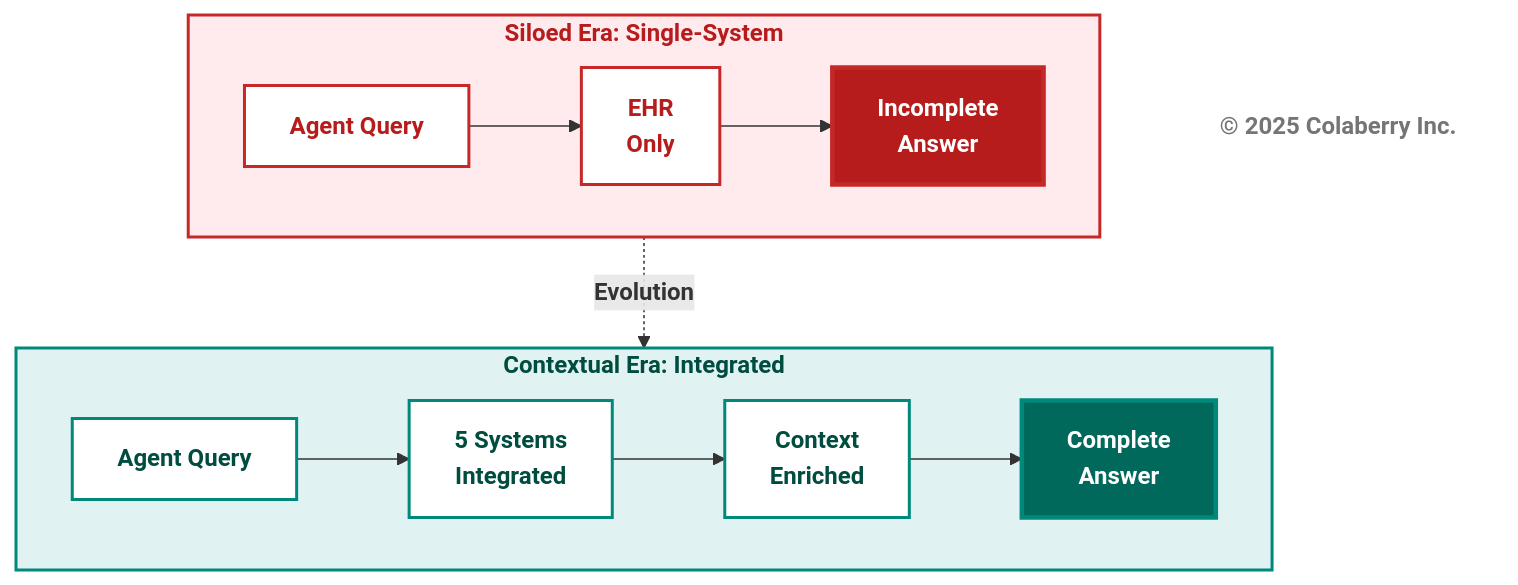
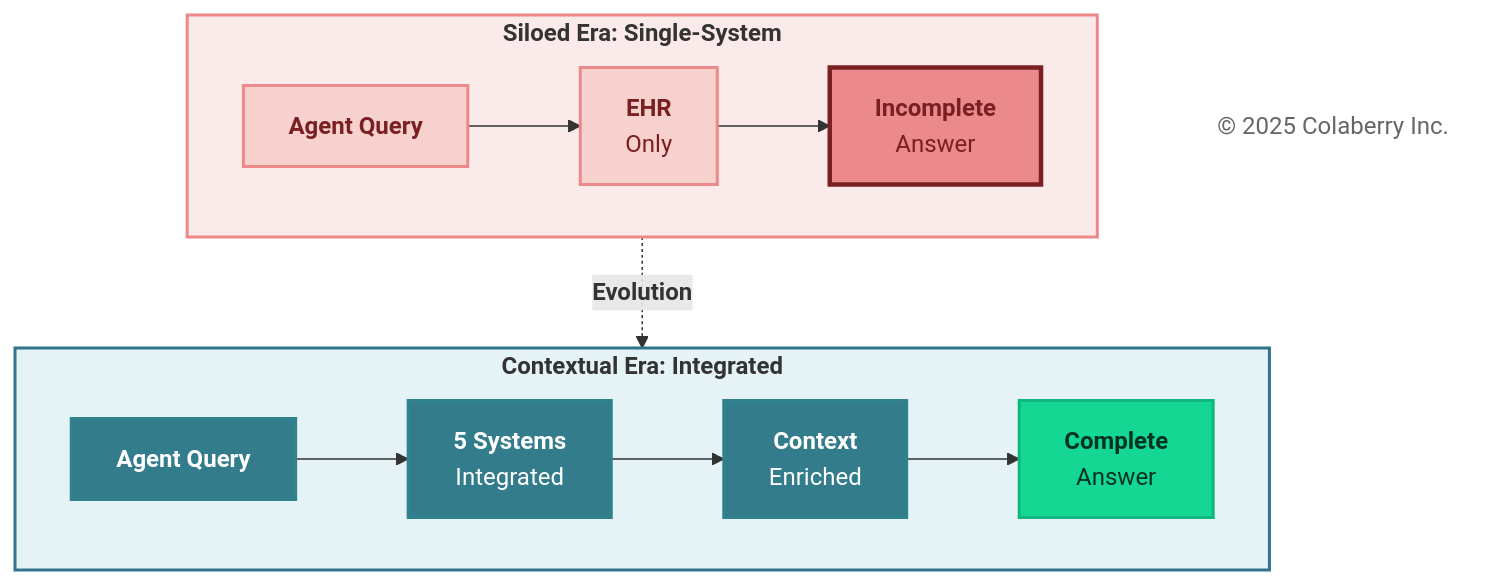
Before and after one commit to saitejesh-cyber/trust-before-intelligence-book: diagram 11 of 12 in manuscript/03_chapter_2_inpact_framework.md, drawn with Mermaid. The commit also changed other lines of this file, not shown here.

Commit message:
Update mermaid diagrams as per new coloberry color and contrast ratio for chapter 3

````diff
--- a/manuscript/03_chapter_2_inpact_framework.md
+++ b/manuscript/03_chapter_2_inpact_framework.md
@@ -776,33 +789,40 @@
 ```mermaid
 graph TB
     subgraph ERA1["<b>Siloed Era: Single-System</b>"]
         direction LR
-        A1["<b>Agent Query</b>"] --> B1["<b>EHR<br/>Only</b>"]
-        B1 --> D1["<b>Incomplete<br/>Answer</b>"]
+        A1["<b>Agent Query</b>"]
+        B1["<b>EHR</b><br/>Only"]
+        D1["<b>Incomplete</b><br/>Answer"]
         
-        style D1 fill:#b71c1c,color:#ffffff,stroke:#c62828,stroke-width:3px
+        A1 --> B1 --> D1
     end
     
     ERA1 -.->|<b>Evolution</b>| ERA2
     
     subgraph ERA2["<b>Contextual Era: Integrated</b>"]
         direction LR
-        A2["<b>Agent Query</b>"] --> B2["<b>5 Systems<br/>Integrated</b>"]
-        B2 --> C2["<b>Context<br/>Enriched</b>"]
-        C2 --> D2["<b>Complete<br/>Answer</b>"]
+        A2["<b>Agent Query</b>"]
+        B2["<b>5 Systems</b><br/>Integrated"]
+        C2["<b>Context</b><br/>Enriched"]
+        D2["<b>Complete</b><br/>Answer"]
         
-        style D2 fill:#00695c,color:#ffffff,stroke:#00897b,stroke-width:3px
+        A2 --> B2 --> C2 --> D2
     end
+
+    %% ---- Siloed Era (Problem) ----
+    style ERA1 fill:#FBEAEA,stroke:#EB898B,stroke-width:2px
+    style A1 fill:#F6D1CE,stroke:#EB898B,stroke-width:2px,color:#7A1F22
+    style B1 fill:#F6D1CE,stroke:#EB898B,stroke-width:2px,color:#7A1F22
+
+    style D1 fill:#EB898B,stroke:#7A1F22,stroke-width:3px,color:#7A1F22
+
+    style ERA2 fill:#E6F3F6,stroke:#32738C,stroke-width:2px
+    style A2 fill:#327C8C,stroke:#30838C,stroke-width:2px,color:#ffffff
+    style B2 fill:#327C8C,stroke:#30838C,stroke-width:2px,color:#ffffff
+    style C2 fill:#327C8C,stroke:#30838C,stroke-width:2px,color:#ffffff
+    style D2 fill:#14D793,stroke:#0FB67D,stroke-width:2px,color:#003322
     
-    style ERA1 fill:#ffebee,stroke:#c62828,stroke-width:2px,color:#b71c1c
-    style A1 fill:#ffffff,stroke:#c62828,stroke-width:2px,color:#b71c1c
-    style B1 fill:#ffffff,stroke:#c62828,stroke-width:2px,color:#b71c1c
-    
-    style ERA2 fill:#e0f2f1,stroke:#00897b,stroke-width:2px,color:#004d40
-    style A2 fill:#ffffff,stroke:#00897b,stroke-width:2px,color:#004d40
-    style B2 fill:#ffffff,stroke:#00897b,stroke-width:2px,color:#004d40
-    style C2 fill:#ffffff,stroke:#00897b,stroke-width:2px,color:#004d40
-    
-    Copyright["<b>© 2025 Colaberry Inc.</b>"]
-    style Copyright fill:#ffffff,stroke:none,color:#757575
+    Copyright["© 2025 Colaberry Inc."]
+    style Copyright fill:#ffffff,stroke:none,color:#666666
+
 ```
````
